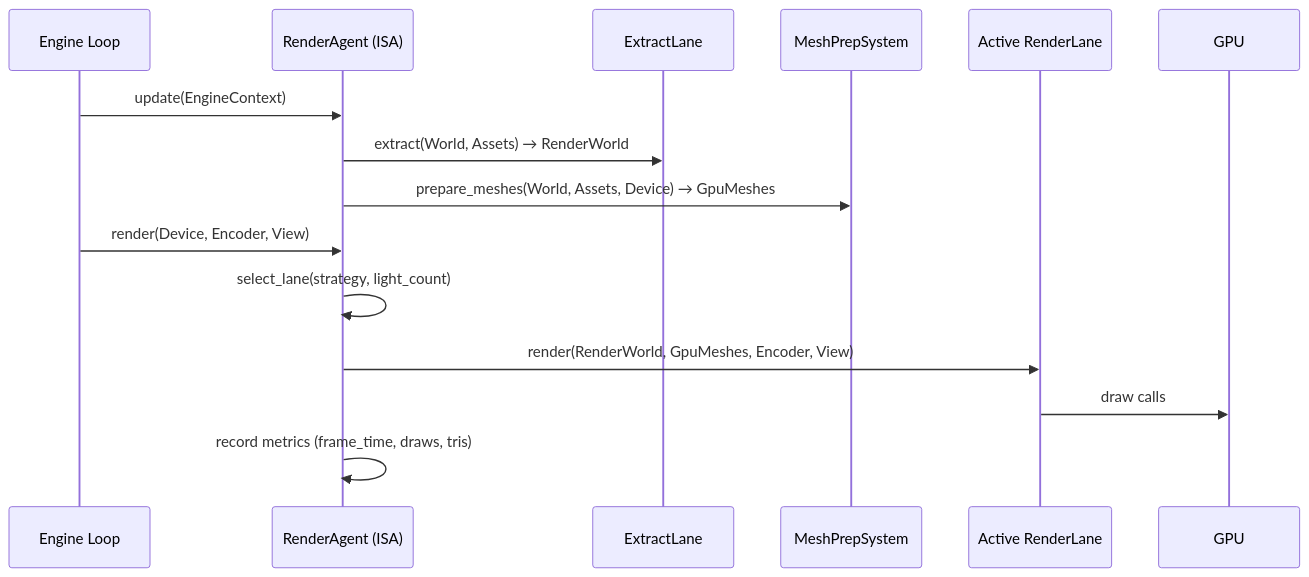
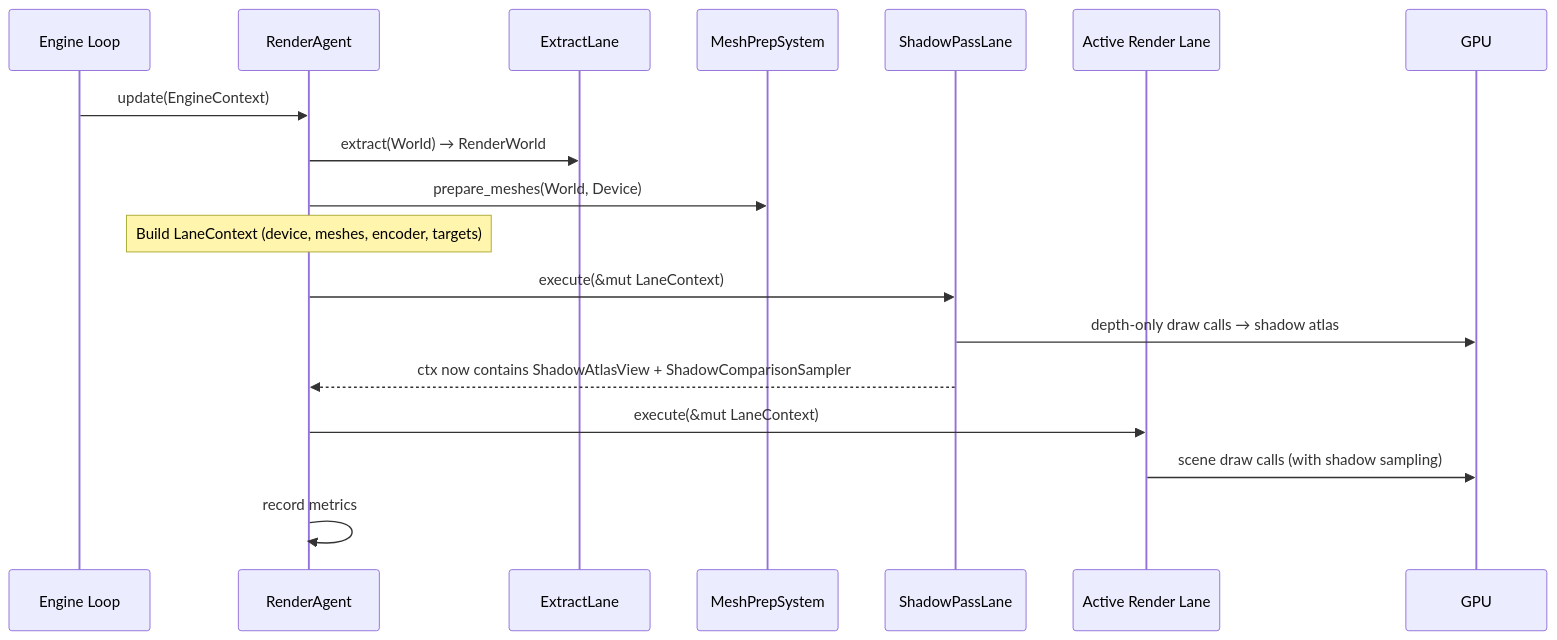
Before and after one commit to eraflo/KhoraEngine: the diagram in docs/src/10_rendering_strategies_research.md, drawn with Mermaid. The commit also changed other lines of this file and 107 other files, not shown here.

````diff
--- a/docs/src/10_rendering_strategies_research.md
+++ b/docs/src/10_rendering_strategies_research.md
@@ -150,19 +244,23 @@
 ```mermaid
 sequenceDiagram
     participant EL as Engine Loop
-    participant RA as RenderAgent (ISA)
+    participant RA as RenderAgent
     participant EX as ExtractLane
     participant MPS as MeshPrepSystem
-    participant RL as Active RenderLane
+    participant SH as ShadowPassLane
+    participant RL as Active Render Lane
     participant GPU as GPU
 
     EL->>RA: update(EngineContext)
-    RA->>EX: extract(World, Assets) → RenderWorld
-    RA->>MPS: prepare_meshes(World, Assets, Device) → GpuMeshes
+    RA->>EX: extract(World) → RenderWorld
+    RA->>MPS: prepare_meshes(World, Device)
 
-    EL->>RA: render(Device, Encoder, View)
-    RA->>RA: select_lane(strategy, light_count)
-    RA->>RL: render(RenderWorld, GpuMeshes, Encoder, View)
-    RL->>GPU: draw calls
-    RA->>RA: record metrics (frame_time, draws, tris)
+    Note over RA: Build LaneContext (device, meshes, encoder, targets)
+    RA->>SH: execute(&mut LaneContext)
+    SH->>GPU: depth-only draw calls → shadow atlas
+    SH-->>RA: ctx now contains ShadowAtlasView + ShadowComparisonSampler
+
+    RA->>RL: execute(&mut LaneContext)
+    RL->>GPU: scene draw calls (with shadow sampling)
+    RA->>RA: record metrics
 ```
````
